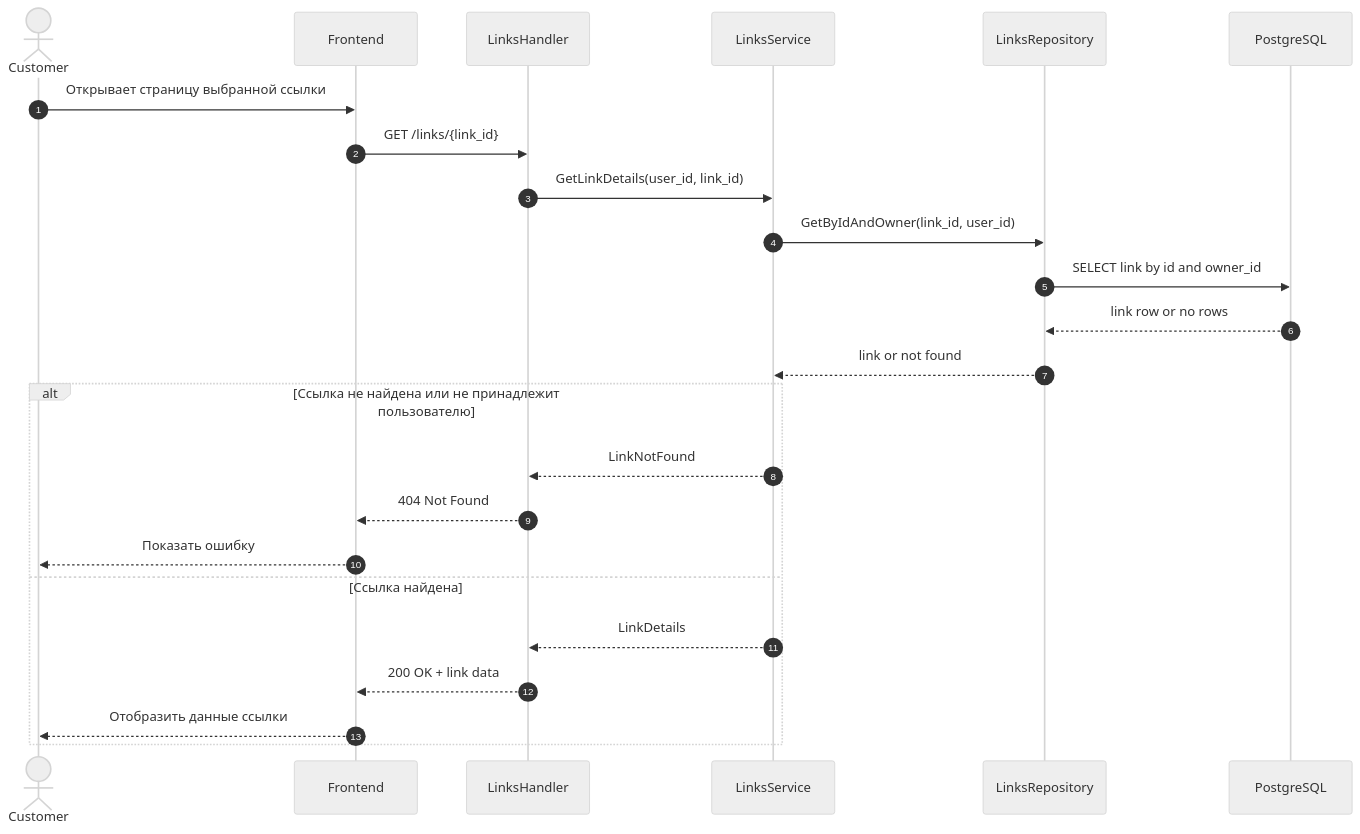
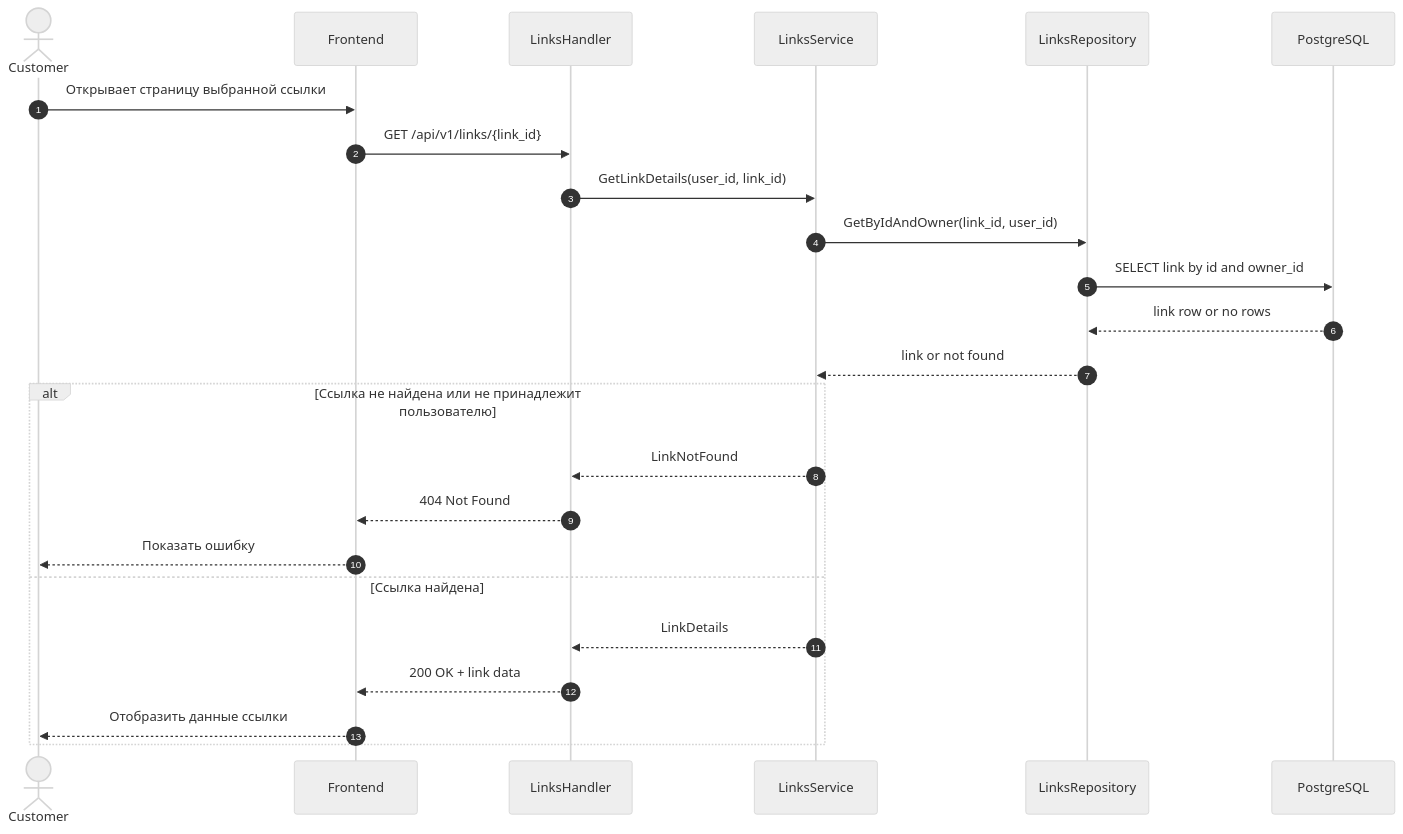
One commit to k3llone/TrackLink changed the diagram in docs/Sequence/SD-10.md. Above: the diagram before and after it, drawn with Mermaid (neutral theme). The commit also changed 33 other files, not shown here.

````diff
--- a/docs/Sequence/SD-10.md
+++ b/docs/Sequence/SD-10.md
@@ -3,31 +3,31 @@
 ```mermaid
 sequenceDiagram
     autonumber
 
     actor Customer
     participant FE as Frontend
     participant LH as LinksHandler
     participant LS as LinksService
     participant LR as LinksRepository
     participant DB as PostgreSQL
 
     Customer->>FE: Открывает страницу выбранной ссылки
-    FE->>LH: GET /links/{link_id}
+    FE->>LH: GET /api/v1/links/{link_id}
 
     LH->>LS: GetLinkDetails(user_id, link_id)
 
     LS->>LR: GetByIdAndOwner(link_id, user_id)
     LR->>DB: SELECT link by id and owner_id
     DB-->>LR: link row or no rows
     LR-->>LS: link or not found
 
     alt Ссылка не найдена или не принадлежит пользователю
         LS-->>LH: LinkNotFound
         LH-->>FE: 404 Not Found
         FE-->>Customer: Показать ошибку
     else Ссылка найдена
         LS-->>LH: LinkDetails
         LH-->>FE: 200 OK + link data
         FE-->>Customer: Отобразить данные ссылки
     end
 ```
````
